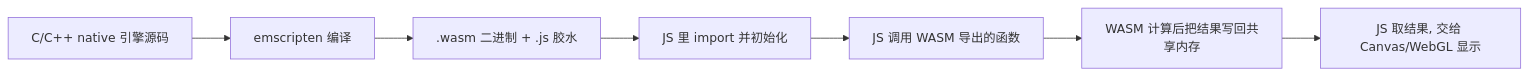
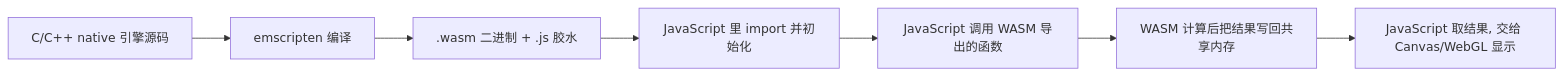
The diagram in docs/16-wasm-native-integration.md (fourfireee/FE_Learning), drawn with Mermaid before and after one commit. The commit also changed other lines of this file and 16 other files, not shown here.

````diff
--- a/docs/16-wasm-native-integration.md
+++ b/docs/16-wasm-native-integration.md
@@ -18,9 +18,9 @@
 ```mermaid
 flowchart LR
     A["C/C++ native 引擎源码"] --> B["emscripten 编译"]
     B --> C[".wasm 二进制 + .js 胶水"]
-    C --> D["JS 里 import 并初始化"]
-    D --> E["JS 调用 WASM 导出的函数"]
+    C --> D["JavaScript 里 import 并初始化"]
+    D --> E["JavaScript 调用 WASM 导出的函数"]
     E --> F["WASM 计算后把结果写回共享内存"]
-    F --> G["JS 取结果, 交给 Canvas/WebGL 显示"]
+    F --> G["JavaScript 取结果, 交给 Canvas/WebGL 显示"]
 ```
````
